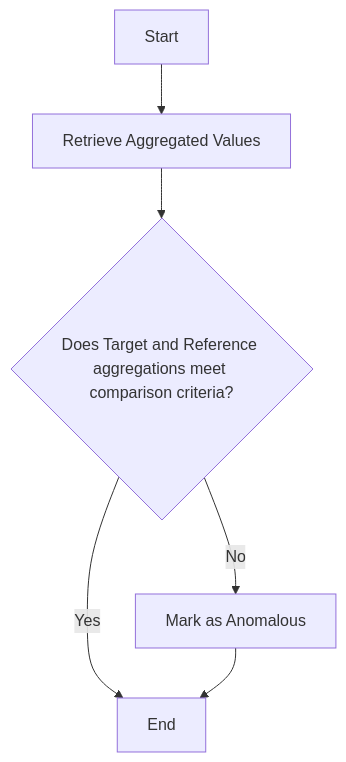
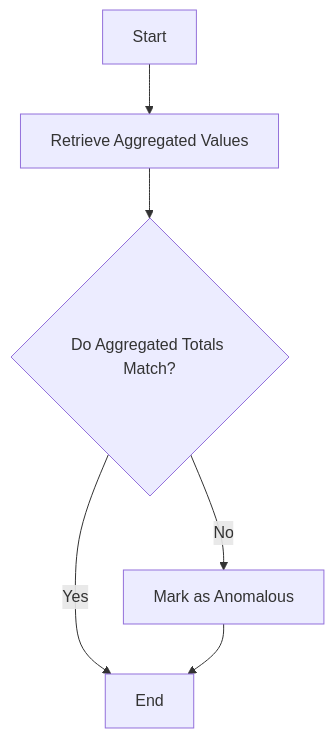
The diagram in docs/checks/aggregation-comparison-check.md (Qualytics/userguide), drawn with Mermaid before and after one commit. The commit also changed other lines of this file, not shown here.

First line of the commit message:
Rework Aggregation Comparison Example

````diff
--- a/docs/checks/aggregation-comparison-check.md
+++ b/docs/checks/aggregation-comparison-check.md
@@ -68,8 +113,8 @@
     ```mermaid
     graph TD
     A[Start] --> B[Retrieve Aggregated Values]
-    B --> C{Does Target and Reference aggregations meet comparison criteria?}
+    B --> C{Do Aggregated Totals Match?}
     C -->|Yes| D[End]
     C -->|No| E[Mark as Anomalous]
     E --> D
     ```
````
